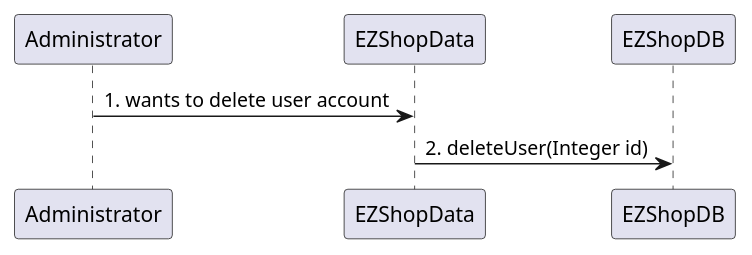
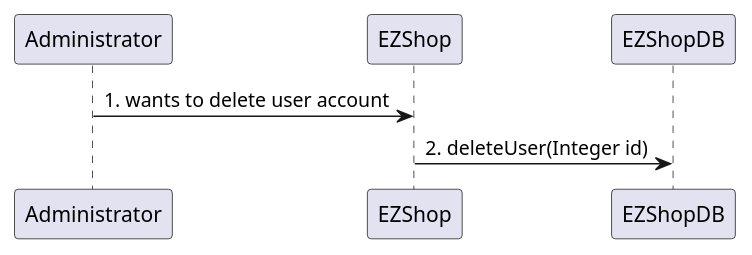
The seventh of 31 diagrams in Deliverables/DesignDocument.md (djemar/softeng_ezshop), drawn with PlantUML before and after one commit. The commit also changed other lines of this file, not shown here.

````diff
--- a/Deliverables/DesignDocument.md
+++ b/Deliverables/DesignDocument.md
@@ -313,5 +325,5 @@
 ```plantuml
-"Administrator" -> "EZShopData": 1. wants to delete user account
-"EZShopData" -> "EZShopDB": 2. deleteUser(Integer id)
+"Administrator" -> "EZShop": 1. wants to delete user account
+"EZShop" -> "EZShopDB": 2. deleteUser(Integer id)
 
 ```
````
